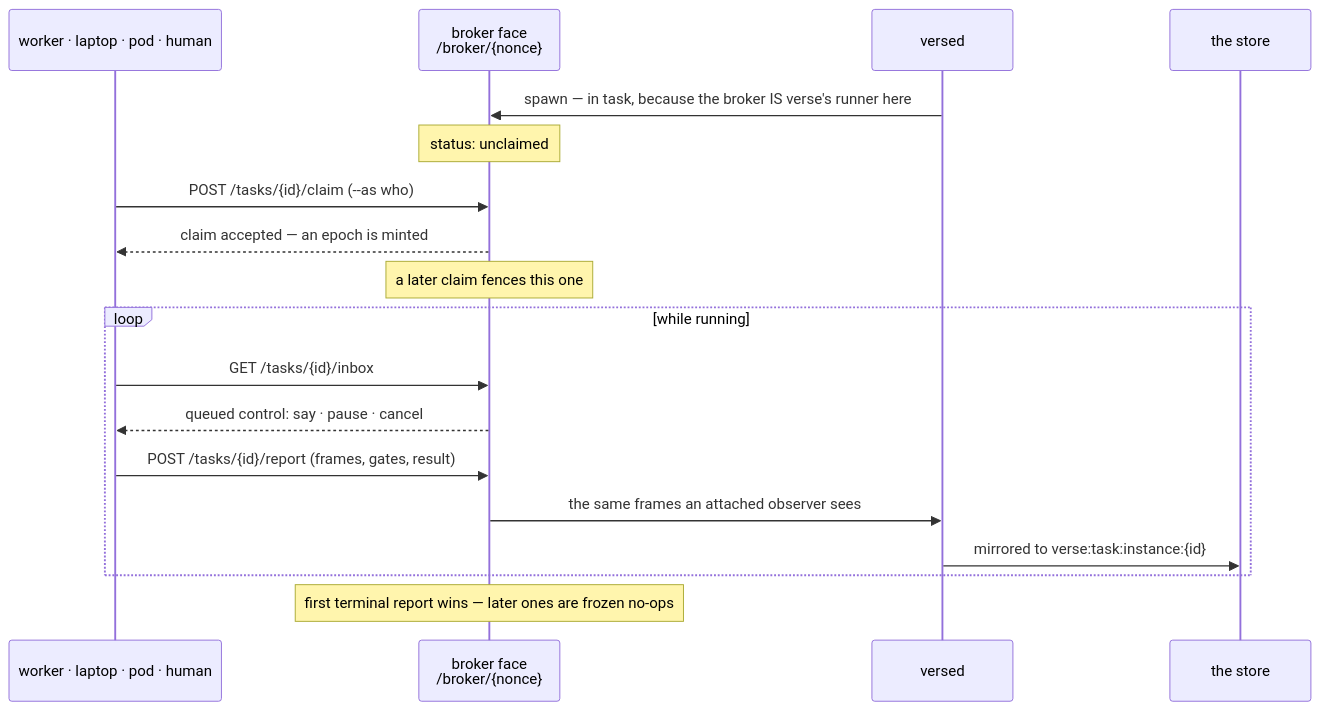
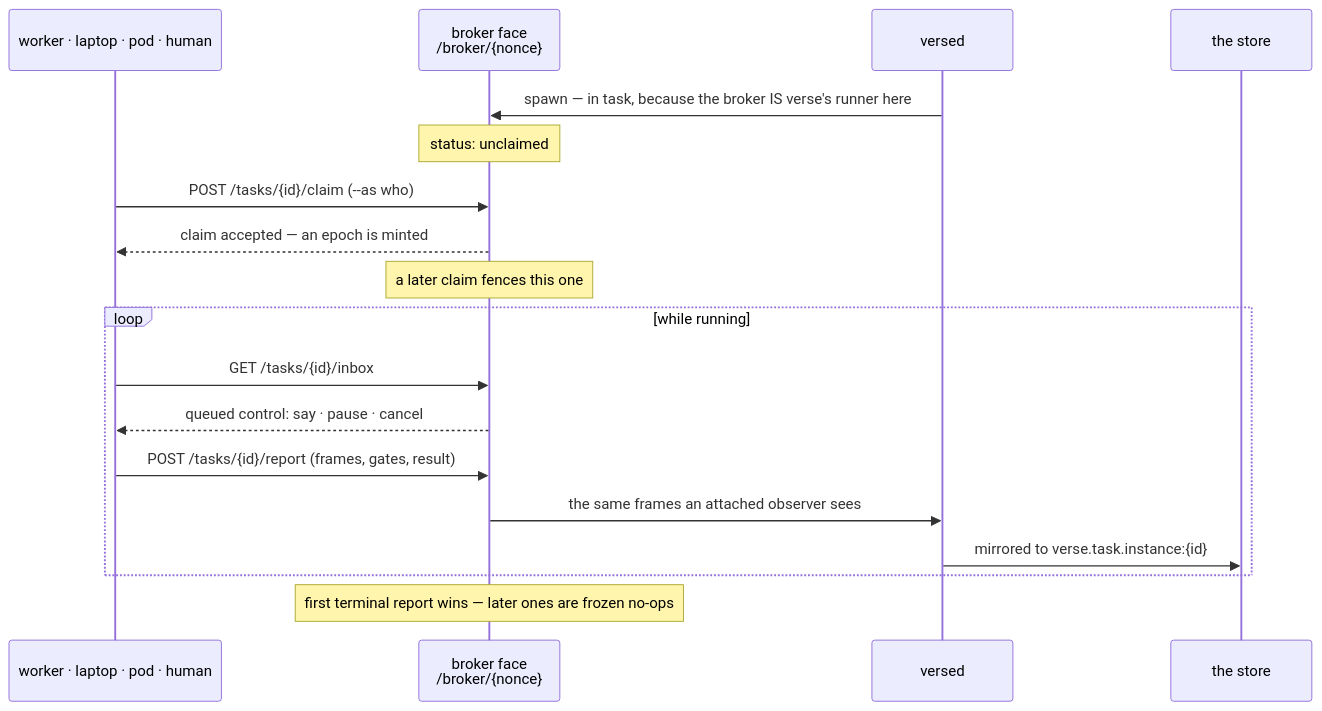
One commit to signadot/viff changed the third of 4 diagrams in docs/seams.md. Above: the diagram before and after it, drawn with Mermaid. The commit also changed other lines of this file and 190 other files, not shown here.

````diff
--- a/docs/seams.md
+++ b/docs/seams.md
@@ -195,21 +195,21 @@
 ```mermaid
 sequenceDiagram
   participant W as worker · laptop · pod · human
   participant B as broker face<br/>/broker/{nonce}
   participant V as versed
   participant S as the store
 
   V->>B: spawn — in task, because the broker IS verse's runner here
   Note over B: status: unclaimed
   W->>B: POST /tasks/{id}/claim  (--as who)
   B-->>W: claim accepted — an epoch is minted
   Note over B: a later claim fences this one
   loop while running
     W->>B: GET /tasks/{id}/inbox
     B-->>W: queued control: say · pause · cancel
     W->>B: POST /tasks/{id}/report (frames, gates, result)
     B->>V: the same frames an attached observer sees
-    V->>S: mirrored to verse:task:instance:{id}
+    V->>S: mirrored to verse.task.instance:{id}
   end
   Note over B: first terminal report wins — later ones are frozen no-ops
 ```
````
